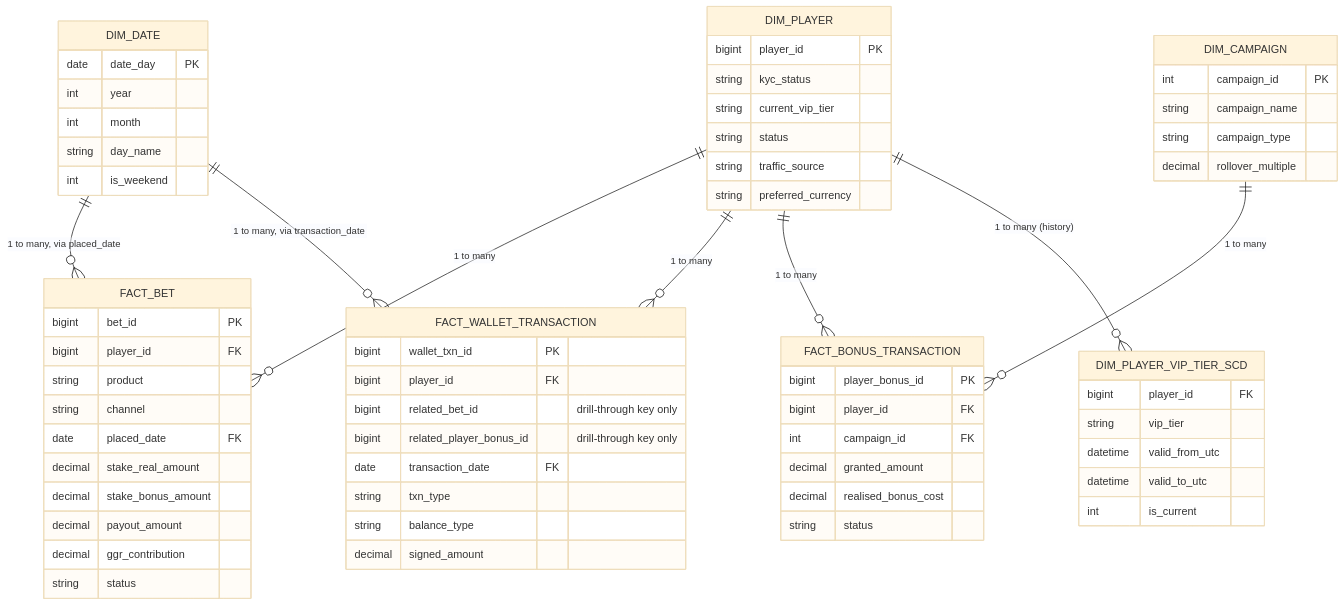
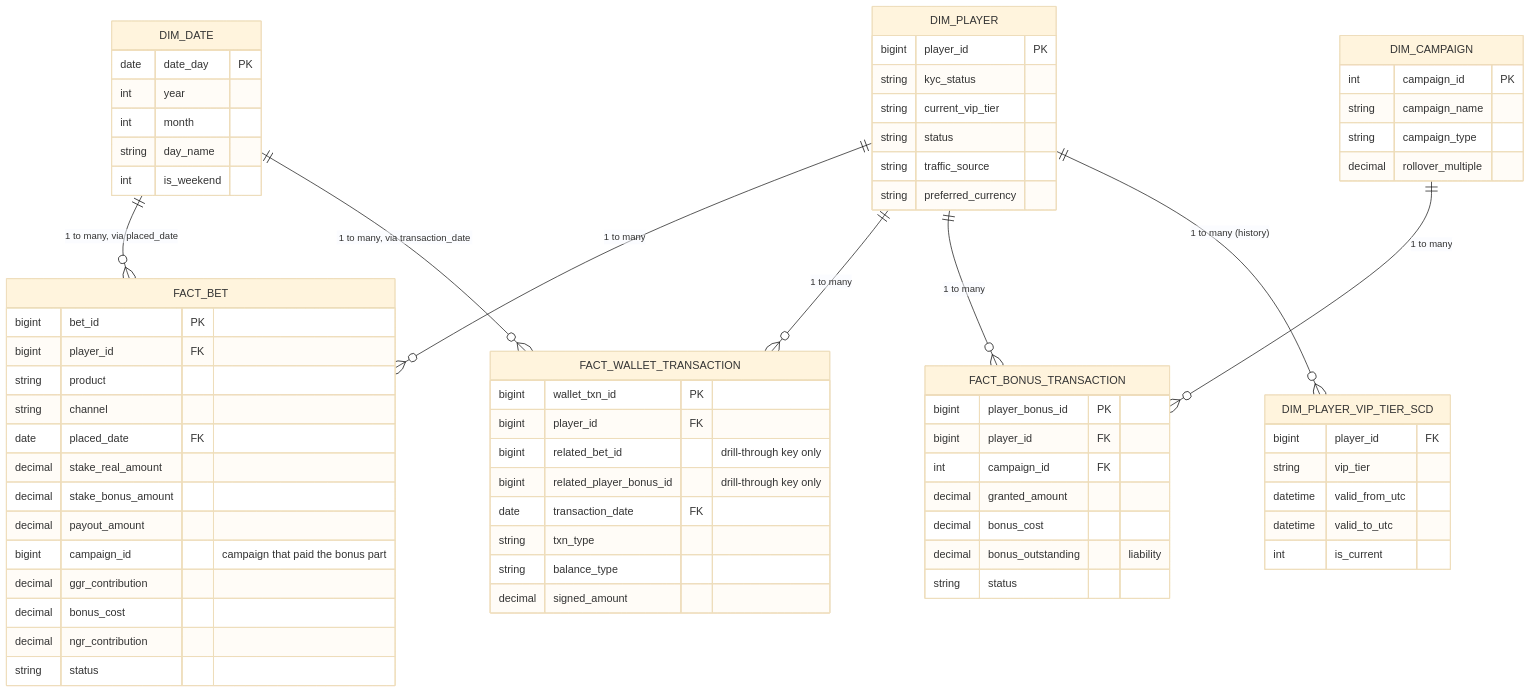
Before and after one commit to anthonyapollis/Libstar-Product-Analytics: the diagram in candidate-assessment/powerbi/model.mmd, drawn with Mermaid (base theme). The commit also changed 56 other files, not shown here.

```diff
--- a/candidate-assessment/powerbi/model.mmd
+++ b/candidate-assessment/powerbi/model.mmd
@@ -1,67 +1,71 @@
 erDiagram
     DIM_PLAYER ||--o{ FACT_BET : "1 to many"
     DIM_PLAYER ||--o{ FACT_WALLET_TRANSACTION : "1 to many"
     DIM_PLAYER ||--o{ FACT_BONUS_TRANSACTION : "1 to many"
     DIM_PLAYER ||--o{ DIM_PLAYER_VIP_TIER_SCD : "1 to many (history)"
     DIM_DATE ||--o{ FACT_BET : "1 to many, via placed_date"
     DIM_DATE ||--o{ FACT_WALLET_TRANSACTION : "1 to many, via transaction_date"
     DIM_CAMPAIGN ||--o{ FACT_BONUS_TRANSACTION : "1 to many"
 
     DIM_PLAYER {
         bigint player_id PK
         string kyc_status
         string current_vip_tier
         string status
         string traffic_source
         string preferred_currency
     }
     DIM_PLAYER_VIP_TIER_SCD {
         bigint player_id FK
         string vip_tier
         datetime valid_from_utc
         datetime valid_to_utc
         int is_current
     }
     DIM_CAMPAIGN {
         int campaign_id PK
         string campaign_name
         string campaign_type
         decimal rollover_multiple
     }
     DIM_DATE {
         date date_day PK
         int year
         int month
         string day_name
         int is_weekend
     }
     FACT_BET {
         bigint bet_id PK
         bigint player_id FK
         string product
         string channel
         date placed_date FK
         decimal stake_real_amount
         decimal stake_bonus_amount
         decimal payout_amount
+        bigint campaign_id "campaign that paid the bonus part"
         decimal ggr_contribution
+        decimal bonus_cost
+        decimal ngr_contribution
         string status
     }
     FACT_WALLET_TRANSACTION {
         bigint wallet_txn_id PK
         bigint player_id FK
         bigint related_bet_id "drill-through key only"
         bigint related_player_bonus_id "drill-through key only"
         date transaction_date FK
         string txn_type
         string balance_type
         decimal signed_amount
     }
     FACT_BONUS_TRANSACTION {
         bigint player_bonus_id PK
         bigint player_id FK
         int campaign_id FK
         decimal granted_amount
-        decimal realised_bonus_cost
+        decimal bonus_cost
+        decimal bonus_outstanding "liability"
         string status
     }
```
